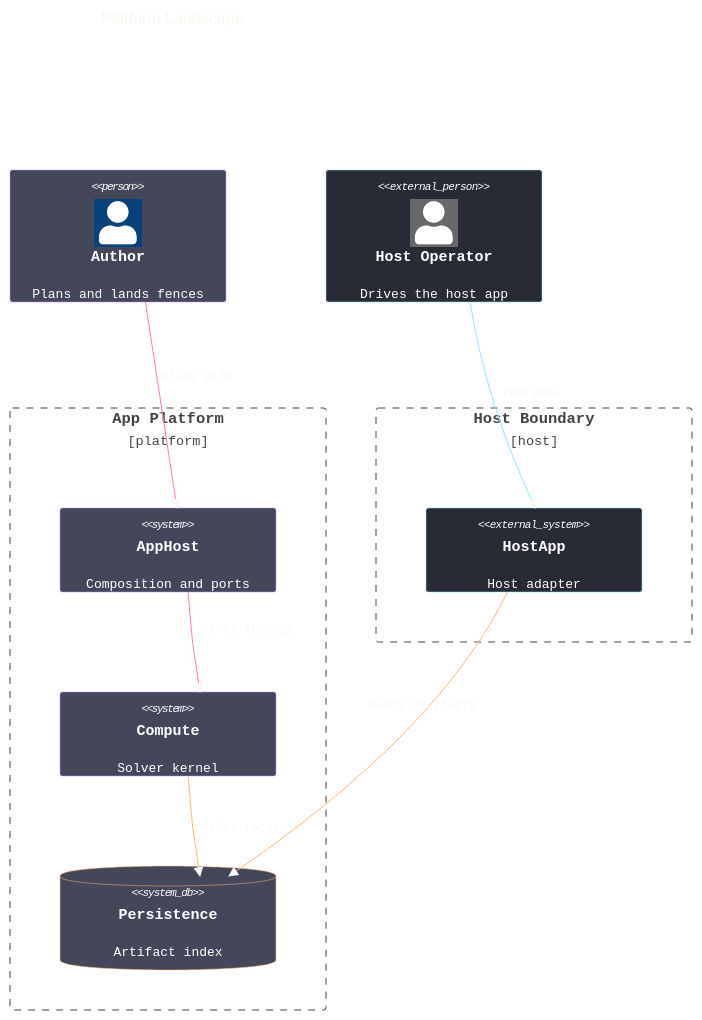
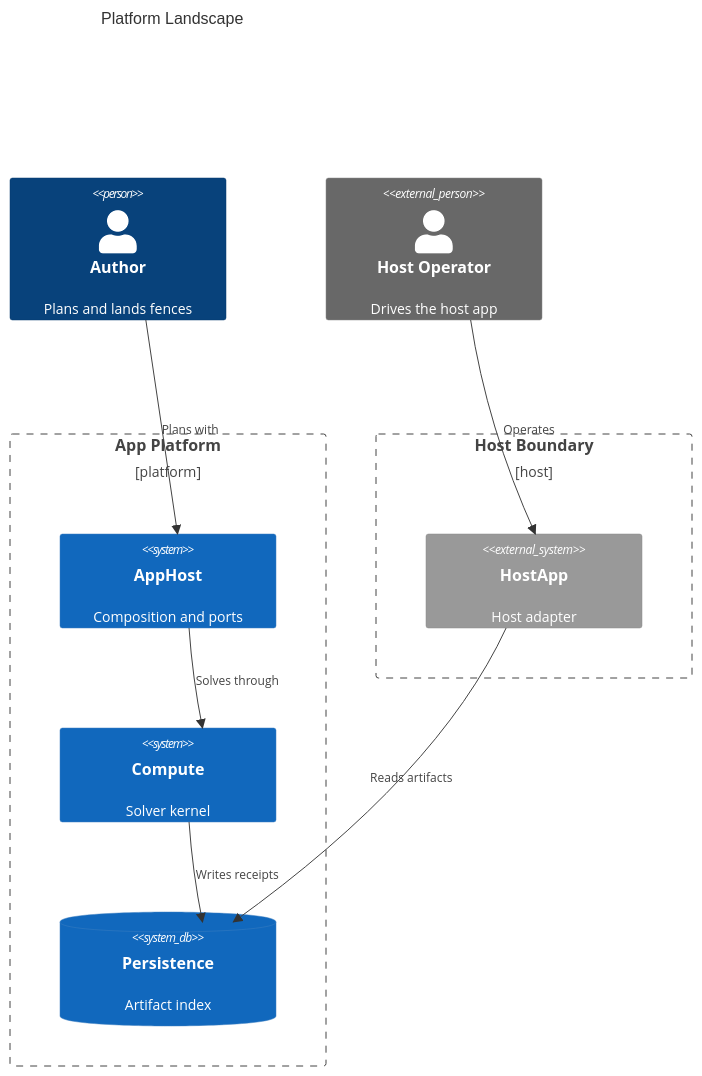
Before and after one commit to bsamiee/Rasm: the diagram in .claude/skills/mermaid-diagramming/templates/landscape.mmd.md, drawn with Mermaid. The commit also changed other lines of this file and 28 other files, not shown here.

Commit message:
skills(docgen+mermaid): payload-only diagram law — docgen gate/fixer strips fence styling; mermaid bundle sheds the styling canon, theming survives as one opt-in reference

````diff
--- a/.claude/skills/mermaid-diagramming/templates/landscape.mmd.md
+++ b/.claude/skills/mermaid-diagramming/templates/landscape.mmd.md
@@ -5,68 +5,28 @@
 ```mermaid
 ---
 config:
-  theme: base
-  look: classic
   c4:
     c4ShapeInRow: 3
     c4ShapeMargin: 50
     c4BoundaryInRow: 2
-    personFontFamily: "SF Mono, Menlo, Cascadia Mono, Segoe UI Mono, Consolas, monospace"
-    personFontSize: 13
-    external_personFontFamily: "SF Mono, Menlo, Cascadia Mono, Segoe UI Mono, Consolas, monospace"
-    external_personFontSize: 13
-    systemFontFamily: "SF Mono, Menlo, Cascadia Mono, Segoe UI Mono, Consolas, monospace"
-    systemFontSize: 13
-    system_dbFontFamily: "SF Mono, Menlo, Cascadia Mono, Segoe UI Mono, Consolas, monospace"
-    system_dbFontSize: 13
-    external_systemFontFamily: "SF Mono, Menlo, Cascadia Mono, Segoe UI Mono, Consolas, monospace"
-    external_systemFontSize: 13
-    boundaryFontFamily: "SF Mono, Menlo, Cascadia Mono, Segoe UI Mono, Consolas, monospace"
-    boundaryFontSize: 13.5
-    messageFontFamily: "SF Mono, Menlo, Cascadia Mono, Segoe UI Mono, Consolas, monospace"
-    messageFontSize: 12
-    person_bg_color: "#44475A"
-    person_border_color: "#BD93F9"
-    external_person_bg_color: "#282A36"
-    external_person_border_color: "#8BE9FD"
-    system_bg_color: "#44475A"
-    system_border_color: "#BD93F9"
-    system_db_bg_color: "#44475A"
-    system_db_border_color: "#FFB86C"
-    external_system_bg_color: "#282A36"
-    external_system_border_color: "#8BE9FD"
-  themeVariables:
-    darkMode: true
-    fontFamily: "SF Mono, Menlo, Cascadia Mono, Segoe UI Mono, Consolas, monospace"
-    useGradient: false
-    dropShadow: "none"
-    textColor: "#F8F8F2"
-    personBorder: "#BD93F9"
-    personBkg: "#44475A"
-  themeCSS: "rect[stroke='#444444']{stroke:#D6BCFA;stroke-dasharray:5 4}text[fill='#444444']{fill:#D6BCFA}[id$='-arrowhead'] path{fill:#FF79C6;transform:scale(.8);transform-origin:9px 5px}[id$='-arrowend'] path{fill:#FF79C6;transform:scale(.8);transform-origin:1px 5px}image{display:none}"
 ---
 C4Context
   accTitle: Platform landscape
   accDescr: An author driving the app platform that solves through the compute kernel into an artifact store, serving a host operator through the host boundary.
   title Platform Landscape
   Person(author, "Author", "Plans and lands fences")
   Person_Ext(operator, "Host Operator", "Drives the host app")
   Boundary(platform, "App Platform", "platform") {
     System(apphost, "AppHost", "Composition and ports")
     System(compute, "Compute", "Solver kernel")
     SystemDb(store, "Persistence", "Artifact index")
   }
   Boundary(hostzone, "Host Boundary", "host") {
     System_Ext(hostapp, "HostApp", "Host adapter")
   }
   Rel(author, apphost, "Plans with")
   Rel(apphost, compute, "Solves through")
   Rel(compute, store, "Writes receipts")
   Rel(hostapp, store, "Reads artifacts")
   Rel(operator, hostapp, "Operates")
-  UpdateRelStyle(author, apphost, $textColor="#F8F8F2", $lineColor="#FF79C6", $offsetY="-30")
-  UpdateRelStyle(apphost, compute, $textColor="#F8F8F2", $lineColor="#FF79C6", $offsetY="-14")
-  UpdateRelStyle(compute, store, $textColor="#F8F8F2", $lineColor="#FFB86C")
-  UpdateRelStyle(hostapp, store, $textColor="#F8F8F2", $lineColor="#FFB86C", $offsetY="-30")
-  UpdateRelStyle(operator, hostapp, $textColor="#F8F8F2", $lineColor="#8BE9FD", $offsetY="-14")
 ```
````
